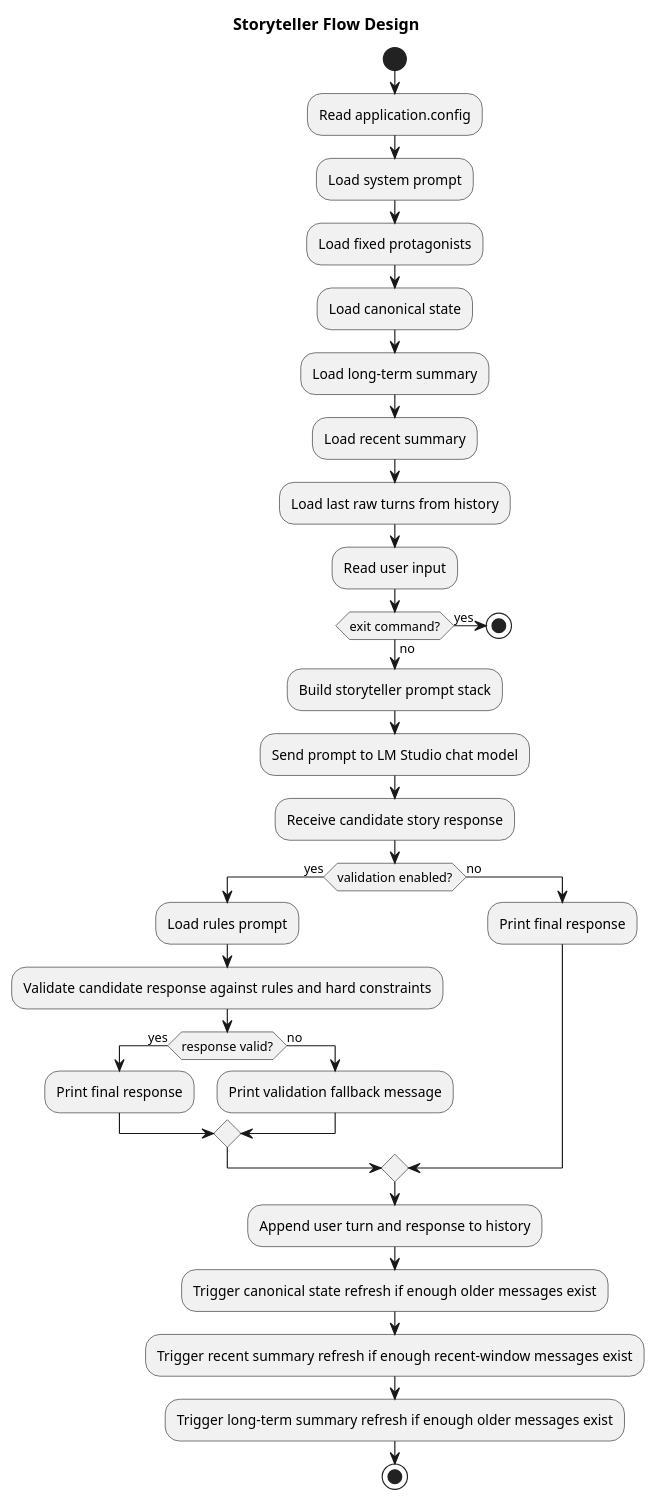
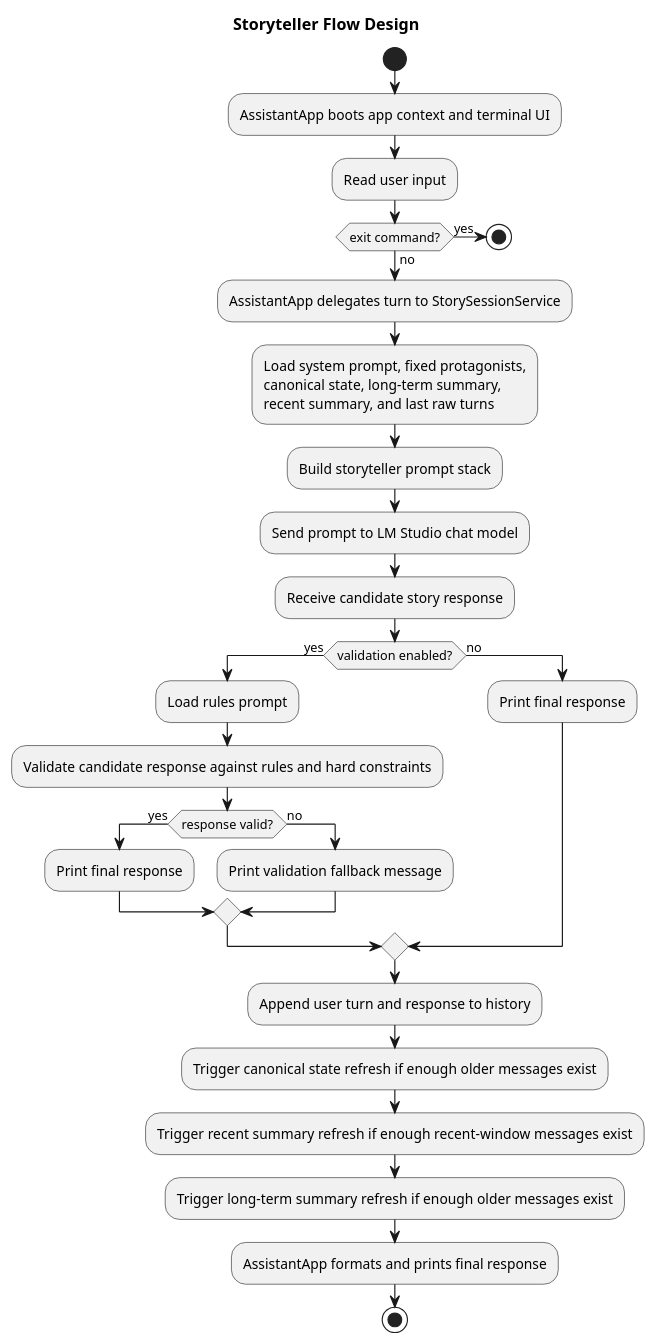
The diagram in docs/architecture/02-storyteller-flow-design.puml (jbrugman/Assistant), drawn with PlantUML before and after one commit. The commit also changed 4 other files, not shown here.

```diff
--- a/docs/architecture/02-storyteller-flow-design.puml
+++ b/docs/architecture/02-storyteller-flow-design.puml
@@ -1,67 +1,61 @@
 @startuml
 title Storyteller Flow Design
 
 start
 
-:Read application.config;
-
-:Load system prompt;
-
-:Load fixed protagonists;
-
-:Load canonical state;
-
-:Load long-term summary;
-
-:Load recent summary;
-
-:Load last raw turns from history;
+:AssistantApp boots app context and terminal UI;
 
 :Read user input;
 
 if (exit command?) then (yes)
 
   stop
 
 else (no)
+
+  :AssistantApp delegates turn to StorySessionService;
+
+  :Load system prompt, fixed protagonists,\ncanonical state, long-term summary,\nrecent summary, and last raw turns;
 
   :Build storyteller prompt stack;
 
   :Send prompt to LM Studio chat model;
 
   :Receive candidate story response;
 
   if (validation enabled?) then (yes)
 
     :Load rules prompt;
 
     :Validate candidate response against rules and hard constraints;
 
     if (response valid?) then (yes)
 
       :Print final response;
 
     else (no)
 
       :Print validation fallback message;
 
     endif
 
   else (no)
 
     :Print final response;
 
   endif
 
   :Append user turn and response to history;
 
   :Trigger canonical state refresh if enough older messages exist;
 
   :Trigger recent summary refresh if enough recent-window messages exist;
 
   :Trigger long-term summary refresh if enough older messages exist;
 
+  :AssistantApp formats and prints final response;
+
 endif
 
 stop
 @enduml
```
